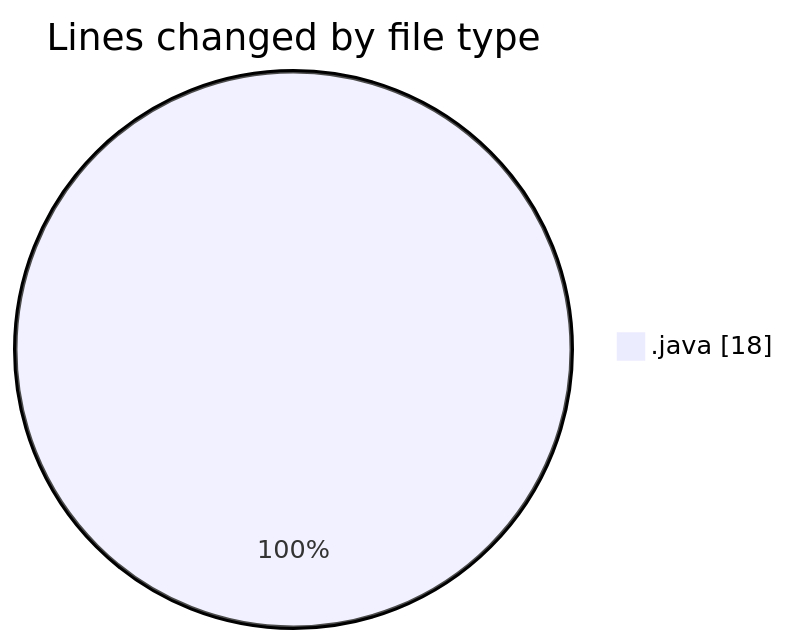
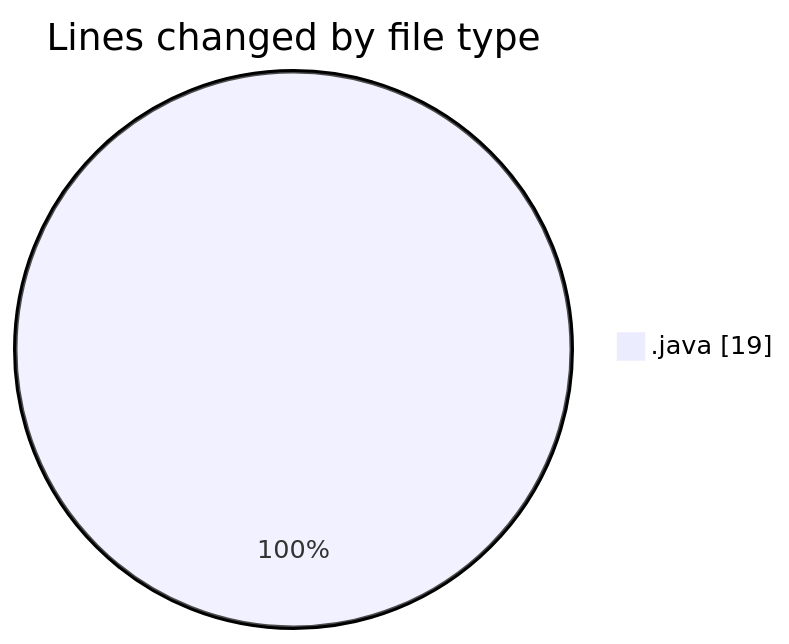
One commit to NitaiMahat/code-tracking changed the first of 2 diagrams in 2025-02-10/classwork/README.md. Above: the diagram before and after it, drawn with Mermaid. The commit also changed other lines of this file and 1 other file, not shown here.

````diff
--- a/2025-02-10/classwork/README.md
+++ b/2025-02-10/classwork/README.md
@@ -20,5 +20,5 @@
 ```mermaid
 pie showData
 title Lines changed by file type
-".java" : 18
+".java" : 19
 ```
````
